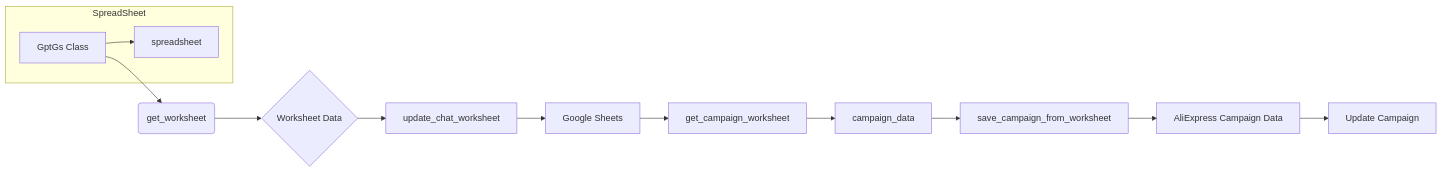
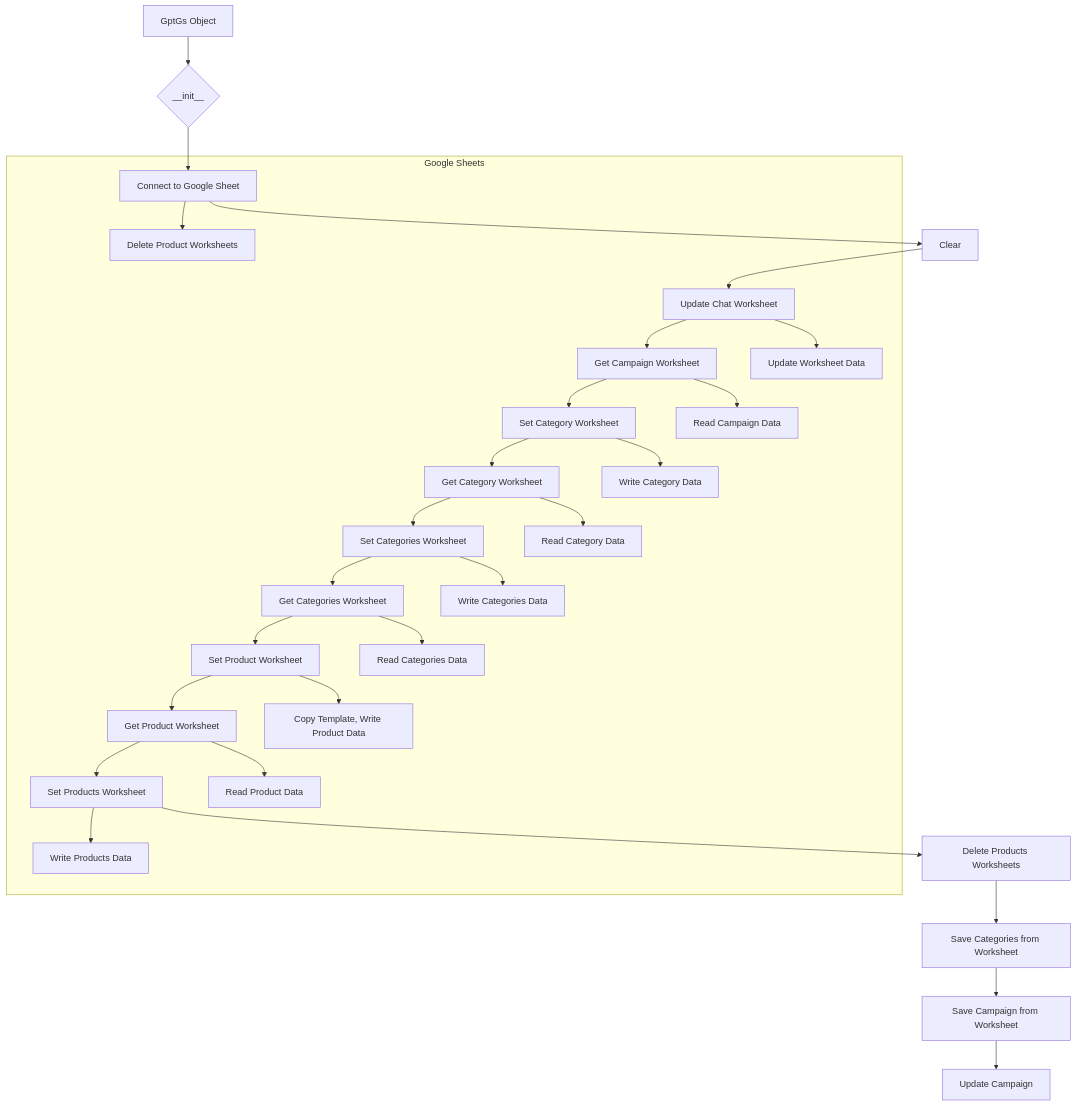
The diagram in docs/gemini/ru/explainer/src/suppliers/chat_gpt/gsheet.md (hypo69/hypo), drawn with Mermaid before and after one commit. The commit also changed other lines of this file and 468 other files, not shown here.

````diff
--- a/docs/gemini/ru/explainer/src/suppliers/chat_gpt/gsheet.md
+++ b/docs/gemini/ru/explainer/src/suppliers/chat_gpt/gsheet.md
@@ -120,16 +143,34 @@
 ```mermaid
-graph LR
-    A[GptGs Class] --> B(get_worksheet);
-    B --> C{Worksheet Data};
-    C --> D[update_chat_worksheet];
-    D --> E[Google Sheets];
-    E --> F[get_campaign_worksheet];
-    F --> G[campaign_data];
-    G --> H[save_campaign_from_worksheet];
-    H --> I[AliExpress Campaign Data];
-    I --> J[Update Campaign];
-    
-    subgraph SpreadSheet
-        A --> K[spreadsheet];
+graph TD
+    A[GptGs Object] --> B{__init__};
+    B --> C[Connect to Google Sheet];
+    C --> D[Clear];
+    D --> E[Update Chat Worksheet];
+    E --> F[Get Campaign Worksheet];
+    F --> G[Set Category Worksheet];
+    G --> H[Get Category Worksheet];
+    H --> I[Set Categories Worksheet];
+    I --> J[Get Categories Worksheet];
+    J --> K[Set Product Worksheet];
+    K --> L[Get Product Worksheet];
+    L --> M[Set Products Worksheet];
+    M --> N[Delete Products Worksheets];
+    N --> O[Save Categories from Worksheet];
+    O --> P[Save Campaign from Worksheet];
+    P --> Q[Update Campaign];
+
+
+    subgraph Google Sheets
+        C --> C1[Delete Product Worksheets];
+        E --> E1[Update Worksheet Data];
+        F --> F1[Read Campaign Data];
+        G --> G1[Write Category Data];
+        H --> H1[Read Category Data];
+        I --> I1[Write Categories Data];
+        J --> J1[Read Categories Data];
+        K --> K1[Copy Template, Write Product Data];
+        L --> L1[Read Product Data];
+        M --> M1[Write Products Data];
+        
     end
 ```
````
